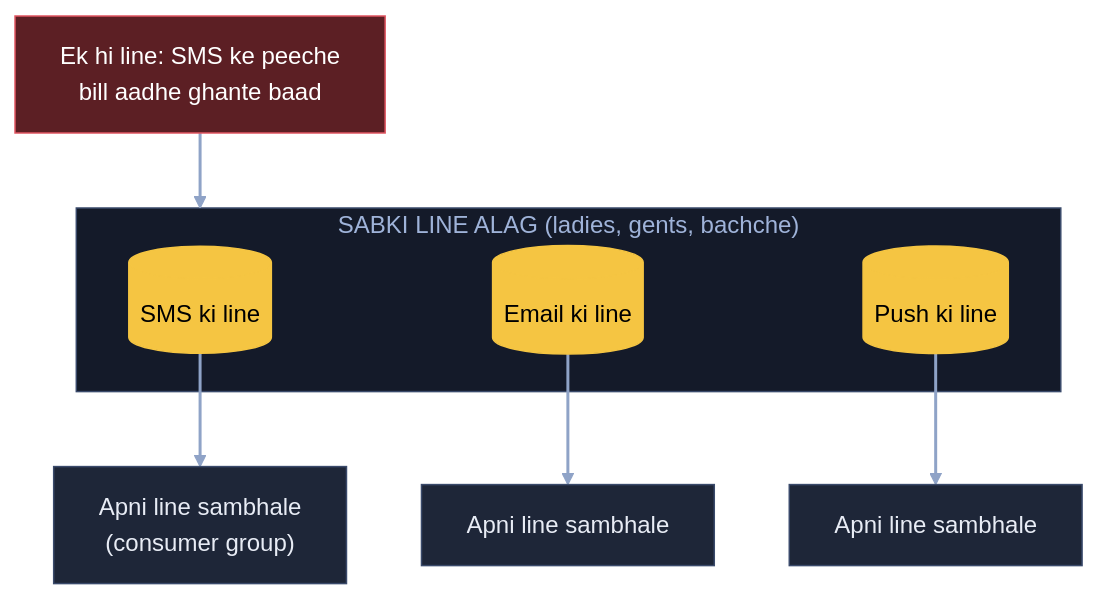
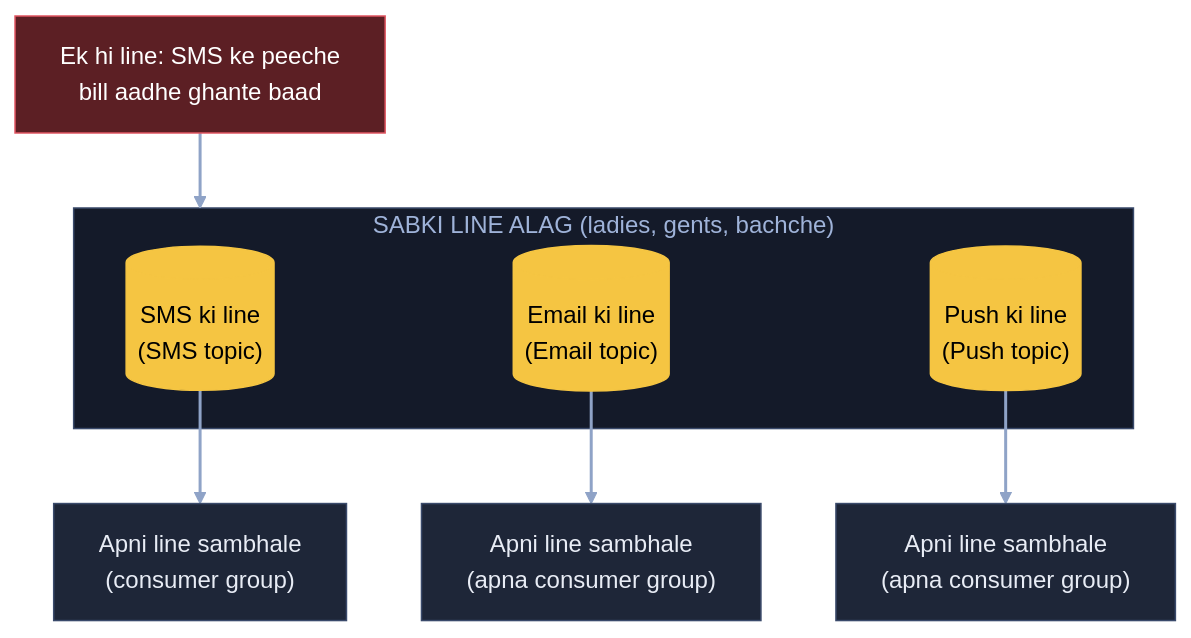
One commit to ArpanMaheshwari144/Prep changed the second of 10 diagrams in 04_HLD/SYSTEM_DESIGNS/04_notification_system/04_notification_system.md. Above: the diagram before and after it, drawn with Mermaid. The commit also changed other lines of this file and 20 other files, not shown here.

Commit message:
HLD main files: diagram me kahani shabd + bracket me asli naam (21 design, 182 label)

````diff
--- a/04_HLD/SYSTEM_DESIGNS/04_notification_system/04_notification_system.md
+++ b/04_HLD/SYSTEM_DESIGNS/04_notification_system/04_notification_system.md
@@ -118,22 +118,22 @@
 ```mermaid
 flowchart TB
     X["Ek hi line: SMS ke peeche<br/>bill aadhe ghante baad"]:::bad
     subgraph AL["SABKI LINE ALAG (ladies, gents, bachche)"]
-        S1[("SMS ki line")]:::pill
-        E1[("Email ki line")]:::pill
-        P1[("Push ki line")]:::pill
+        S1[("SMS ki line<br/>(SMS topic)")]:::pill
+        E1[("Email ki line<br/>(Email topic)")]:::pill
+        P1[("Push ki line<br/>(Push topic)")]:::pill
     end
     S2["Apni line sambhale<br/>(consumer group)"]:::card
-    E2["Apni line sambhale"]:::card
-    P2["Apni line sambhale"]:::card
+    E2["Apni line sambhale<br/>(apna consumer group)"]:::card
+    P2["Apni line sambhale<br/>(apna consumer group)"]:::card
     X --> AL
     S1 --> S2
     E1 --> E2
     P1 --> P2
     linkStyle default stroke:#8fa3c7,stroke-width:2px
     classDef card fill:#1e2638,stroke:#3a4a6b,color:#e8ecf5
     classDef pill fill:#f5c542,stroke:#f5c542,color:#000
     classDef good fill:#2e7d4f,stroke:#3fbf6f,color:#fff
     classDef bad fill:#5c1f24,stroke:#e05561,color:#fff
     style AL fill:#141a29,stroke:#3a4a6b,color:#9fb3d9
 ```
````
